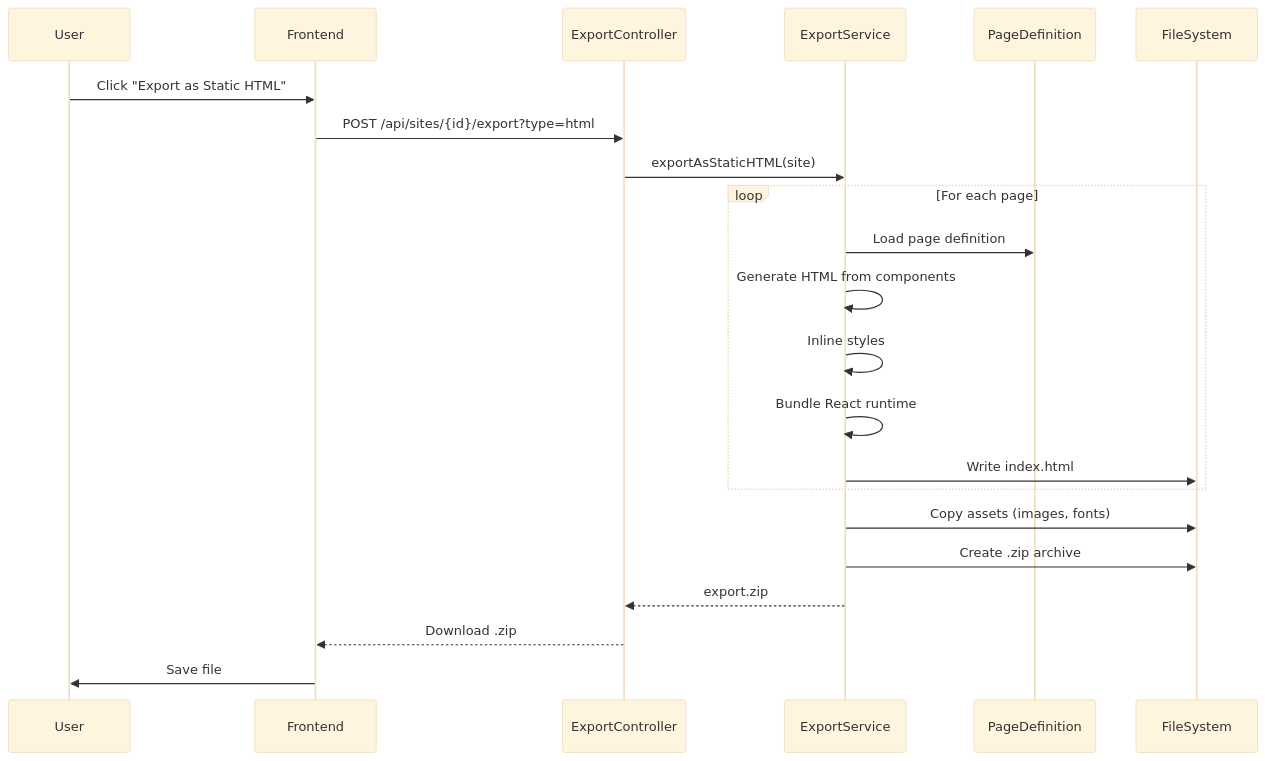
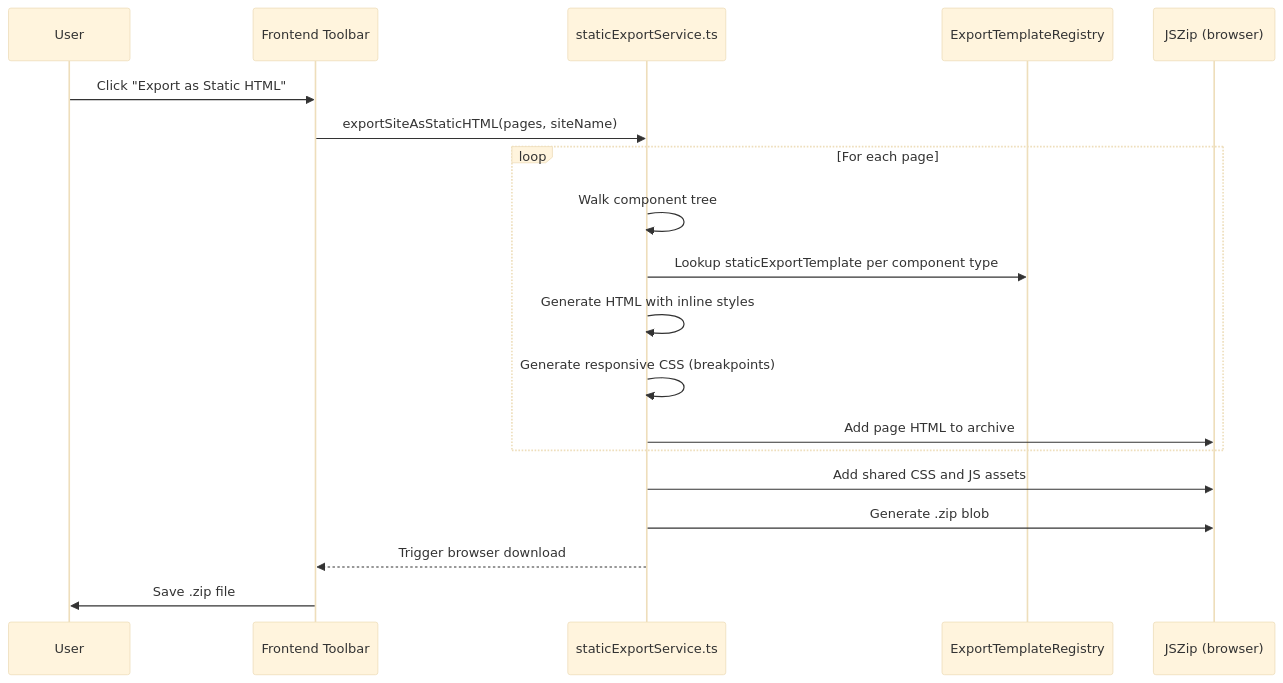
Diagram 16 of 18 in docs/architecture/arc42/05-building-block-view.md (Visual-Site-Designer-VSD/visual-site-designer), drawn with Mermaid (base theme) before and after one commit. The commit also changed other lines of this file and 15 other files, not shown here.

````diff
--- a/docs/architecture/arc42/05-building-block-view.md
+++ b/docs/architecture/arc42/05-building-block-view.md
@@ -1004,27 +1009,24 @@
 ```mermaid
 sequenceDiagram
     participant User
-    participant FE as Frontend
-    participant API as ExportController
-    participant ES as ExportService
-    participant PD as PageDefinition
-    participant FS as FileSystem
+    participant FE as Frontend Toolbar
+    participant SES as staticExportService.ts
+    participant REG as ExportTemplateRegistry
+    participant ZIP as JSZip (browser)
 
     User->>FE: Click "Export as Static HTML"
-    FE->>API: POST /api/sites/{id}/export?type=html
-    API->>ES: exportAsStaticHTML(site)
+    FE->>SES: exportSiteAsStaticHTML(pages, siteName)
 
     loop For each page
-        ES->>PD: Load page definition
-        ES->>ES: Generate HTML from components
-        ES->>ES: Inline styles
-        ES->>ES: Bundle React runtime
-        ES->>FS: Write index.html
+        SES->>SES: Walk component tree
+        SES->>REG: Lookup staticExportTemplate per component type
+        SES->>SES: Generate HTML with inline styles
+        SES->>SES: Generate responsive CSS (breakpoints)
+        SES->>ZIP: Add page HTML to archive
     end
 
-    ES->>FS: Copy assets (images, fonts)
-    ES->>FS: Create .zip archive
-    ES-->>API: export.zip
-    API-->>FE: Download .zip
-    FE->>User: Save file
+    SES->>ZIP: Add shared CSS and JS assets
+    SES->>ZIP: Generate .zip blob
+    SES-->>FE: Trigger browser download
+    FE->>User: Save .zip file
 ```
````
